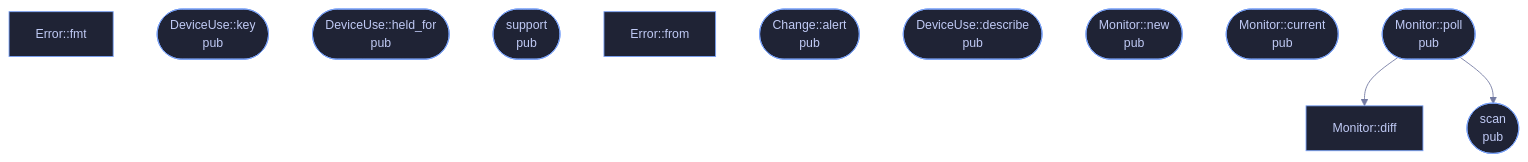
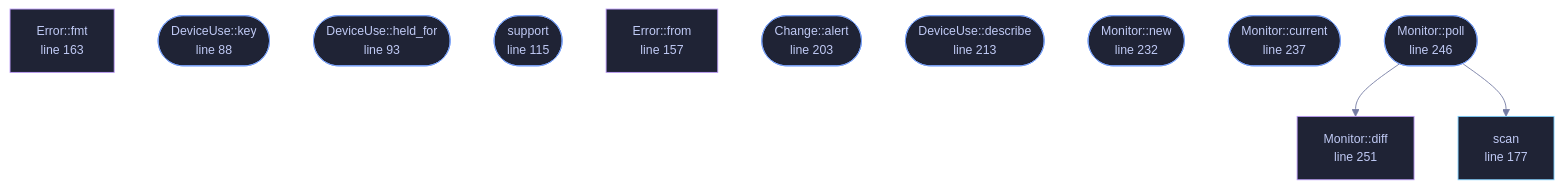
One commit to tilas01/veilvoice changed the diagram in docs/files/veilvoice-watch/lib.md. Above: the diagram before and after it, drawn with Mermaid. The commit also changed other lines of this file and 182 other files, not shown here.

````diff
--- a/docs/files/veilvoice-watch/lib.md
+++ b/docs/files/veilvoice-watch/lib.md
@@ -61,19 +89,25 @@
 ```mermaid
 %%{init: {"theme":"base","themeVariables":{"background":"#1a1b26","primaryColor":"#1f2335","primaryTextColor":"#c0caf5","primaryBorderColor":"#7aa2f7","secondaryColor":"#16161e","tertiaryColor":"#16161e","lineColor":"#737aa2","textColor":"#c0caf5","mainBkg":"#1f2335","nodeBorder":"#7aa2f7","clusterBkg":"#16161e","clusterBorder":"#2f3549","fontFamily":"ui-monospace, SFMono-Regular, Consolas, monospace","fontSize":"14px"}}}%%
 flowchart TD
-    n_fmt["DeviceKind::fmt"]
-    n_key(["DeviceUse::key<br/>pub"])
-    n_held_for(["DeviceUse::held_for<br/>pub"])
-    n_support(["support<br/>pub"])
-    n_from["Error::from"]
-    n_fmt["Error::fmt"]
-    n_scan(["scan<br/>pub"])
-    n_alert(["Change::alert<br/>pub"])
-    n_describe(["DeviceUse::describe<br/>pub"])
-    n_new(["Monitor::new<br/>pub"])
-    n_current(["Monitor::current<br/>pub"])
-    n_poll(["Monitor::poll<br/>pub"])
-    n_diff["Monitor::diff"]
+    n_fmt["DeviceKind::fmt<br/>line 57"]
+    n_key(["DeviceUse::key<br/>line 88"])
+    n_held_for(["DeviceUse::held_for<br/>line 93"])
+    n_support(["support<br/>line 115"])
+    n_from["Error::from<br/>line 157"]
+    n_fmt["Error::fmt<br/>line 163"]
+    n_scan["scan<br/>line 177"]
+    n_alert(["Change::alert<br/>line 203"])
+    n_describe(["DeviceUse::describe<br/>line 213"])
+    n_new(["Monitor::new<br/>line 232"])
+    n_current(["Monitor::current<br/>line 237"])
+    n_poll(["Monitor::poll<br/>line 246"])
+    n_diff["Monitor::diff<br/>line 251"]
     n_poll --> n_diff
     n_poll --> n_scan
+    classDef entry fill:#1f2335,stroke:#7aa2f7,color:#c0caf5
+    class n_key,n_held_for,n_support,n_alert,n_describe,n_new,n_current,n_poll entry
+    classDef api fill:#1f2335,stroke:#7dcfff,color:#c0caf5
+    class n_scan api
+    classDef helper fill:#1f2335,stroke:#bb9af7,color:#c0caf5
+    class n_fmt,n_from,n_fmt,n_diff helper
 ```
````
